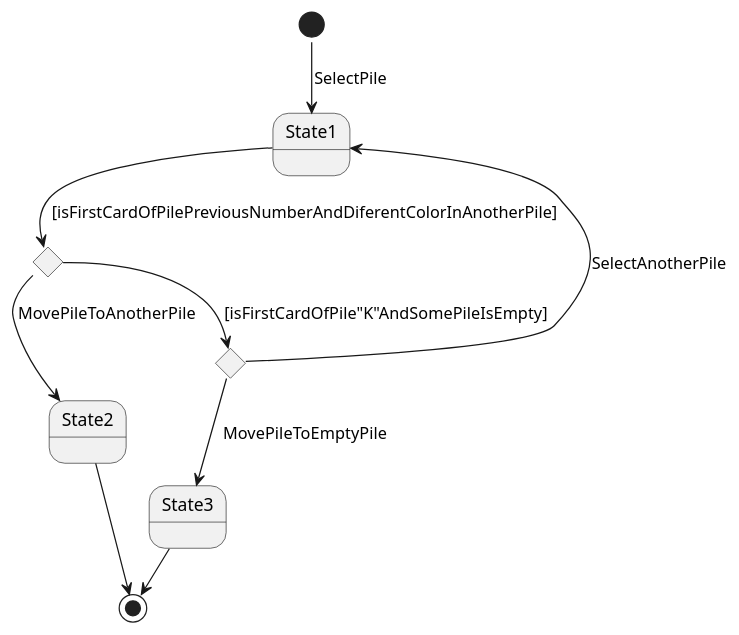
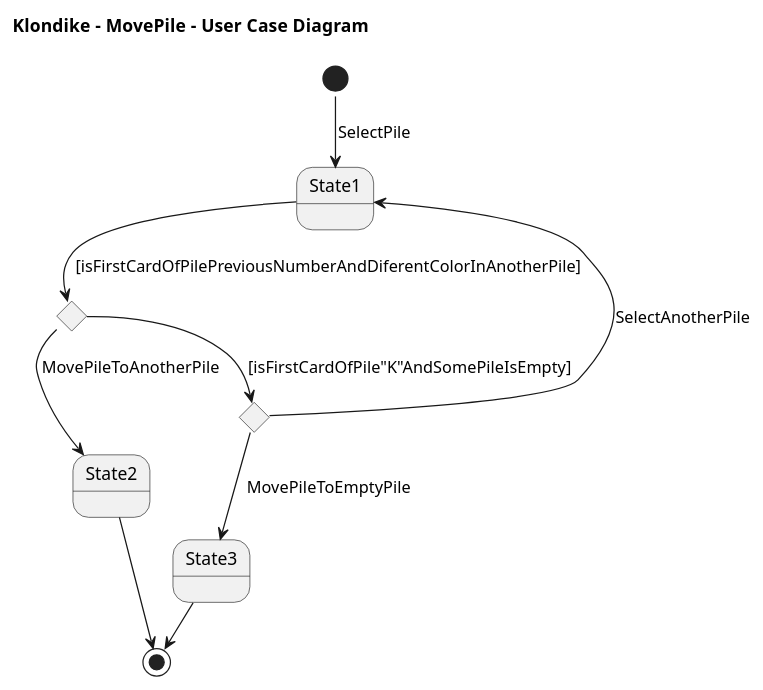
One commit to AngelOS95P/Maestria_IngSoftware_grupo6 changed the diagram in 2 Modelo de vistas de caso de uso/Diagrama de caso de uso MovePile.plantuml. Above: the diagram before and after it, drawn with PlantUML. The commit also changed 16 other files, not shown here.

```diff
--- a/2 Modelo de vistas de caso de uso/Diagrama de caso de uso MovePile.plantuml
+++ b/2 Modelo de vistas de caso de uso/Diagrama de caso de uso MovePile.plantuml
@@ -1,17 +1,20 @@
-@startuml UseCaseMovePile
+@startuml UCMovePile
+title Klondike  - MovePile - User Case Diagram
 !pragma layout smetana
+
 state State1
 state if <<choice>>
 state if2 <<choice>>
 state State2
 state State3
+
 [*] --> State1: SelectPile
 State1 --> if: [isFirstCardOfPilePreviousNumberAndDiferentColorInAnotherPile]
 if --> if2: [isFirstCardOfPile"K"AndSomePileIsEmpty]
 if --> State2: MovePileToAnotherPile
 if2 --> State3: MovePileToEmptyPile
 if2 --> State1: SelectAnotherPile
 State3 -->[*]
 State2--> [*]
 
 @enduml
```
